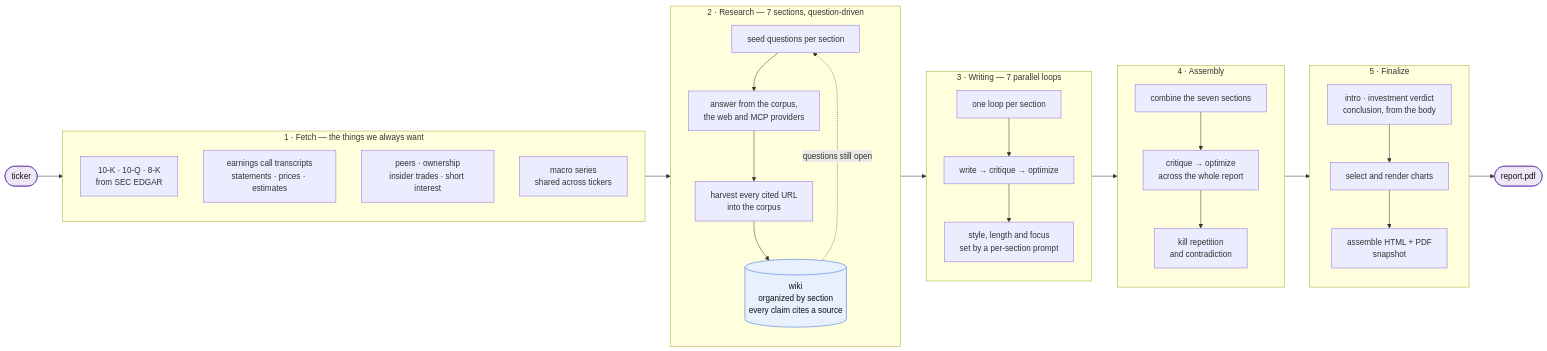
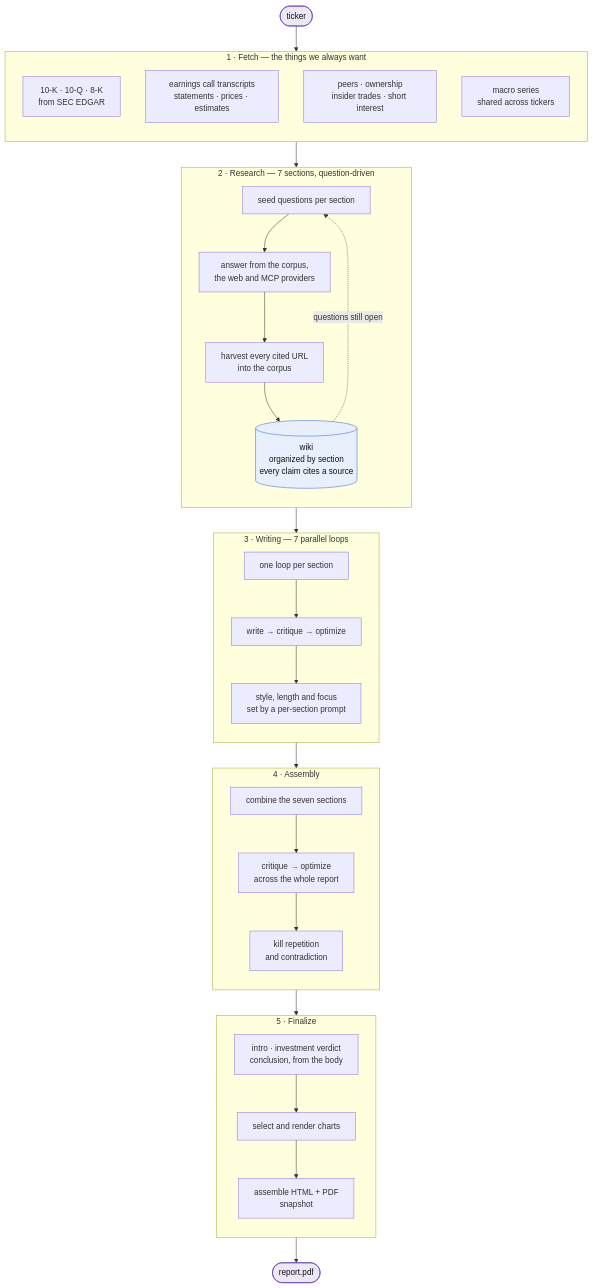
Before and after one commit to druce/deep-research-machine-2: the first of 3 diagrams in README.md, drawn with Mermaid. The commit also changed other lines of this file, not shown here.

````diff
--- a/README.md
+++ b/README.md
@@ -29,45 +29,45 @@
 ```mermaid
-flowchart LR
+flowchart TD
     start([ticker]):::ep --> f1
 
     subgraph fetch ["1 · Fetch — the things we always want"]
         direction TB
         f1["10-K · 10-Q · 8-K<br/>from SEC EDGAR"]
         f2["earnings call transcripts<br/>statements · prices · estimates"]
         f3["peers · ownership<br/>insider trades · short interest"]
         f4["macro series<br/>shared across tickers"]
     end
 
     subgraph research ["2 · Research — 7 sections, question-driven"]
         direction TB
         q["seed questions per section"] --> ask["answer from the corpus,<br/>the web and MCP providers"]
         ask --> harv["harvest every cited URL<br/>into the corpus"]
         harv --> wik[("wiki<br/>organized by section<br/>every claim cites a source")]
         wik -. "questions still open" .-> q
     end
 
     subgraph writing ["3 · Writing — 7 parallel loops"]
         direction TB
         w1["one loop per section"] --> w2["write → critique → optimize"]
         w2 --> w3["style, length and focus<br/>set by a per-section prompt"]
     end
 
     subgraph assembly ["4 · Assembly"]
         direction TB
         a1["combine the seven sections"] --> a2["critique → optimize<br/>across the whole report"]
         a2 --> a3["kill repetition<br/>and contradiction"]
     end
 
     subgraph finalize ["5 · Finalize"]
         direction TB
         z1["intro · investment verdict<br/>conclusion, from the body"] --> z2["select and render charts"]
         z2 --> z3["assemble HTML + PDF<br/>snapshot"]
     end
 
     fetch --> research --> writing --> assembly --> finalize
     z3 --> done([report.pdf]):::ep
 
     classDef ep fill:#ede7f6,stroke:#5e35b1,color:#111
     classDef store fill:#e8f0fe,stroke:#3367d6,color:#111
     class wik store
 ```
````
